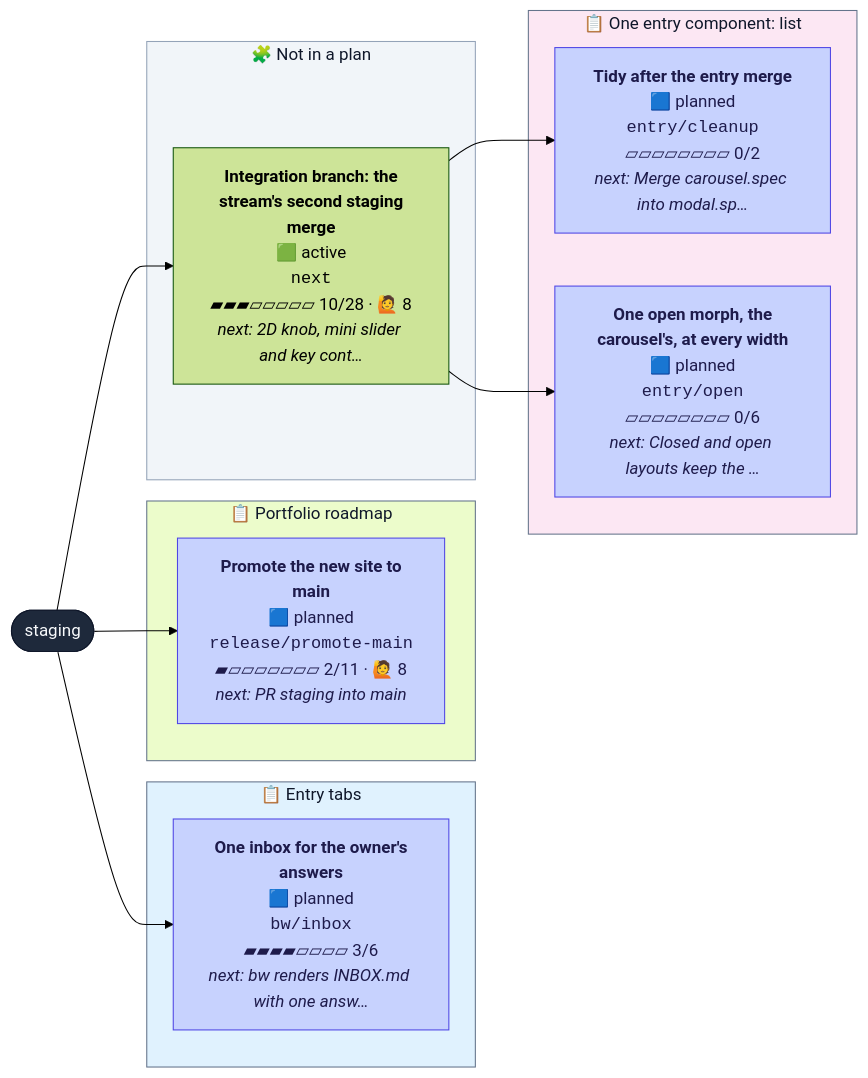
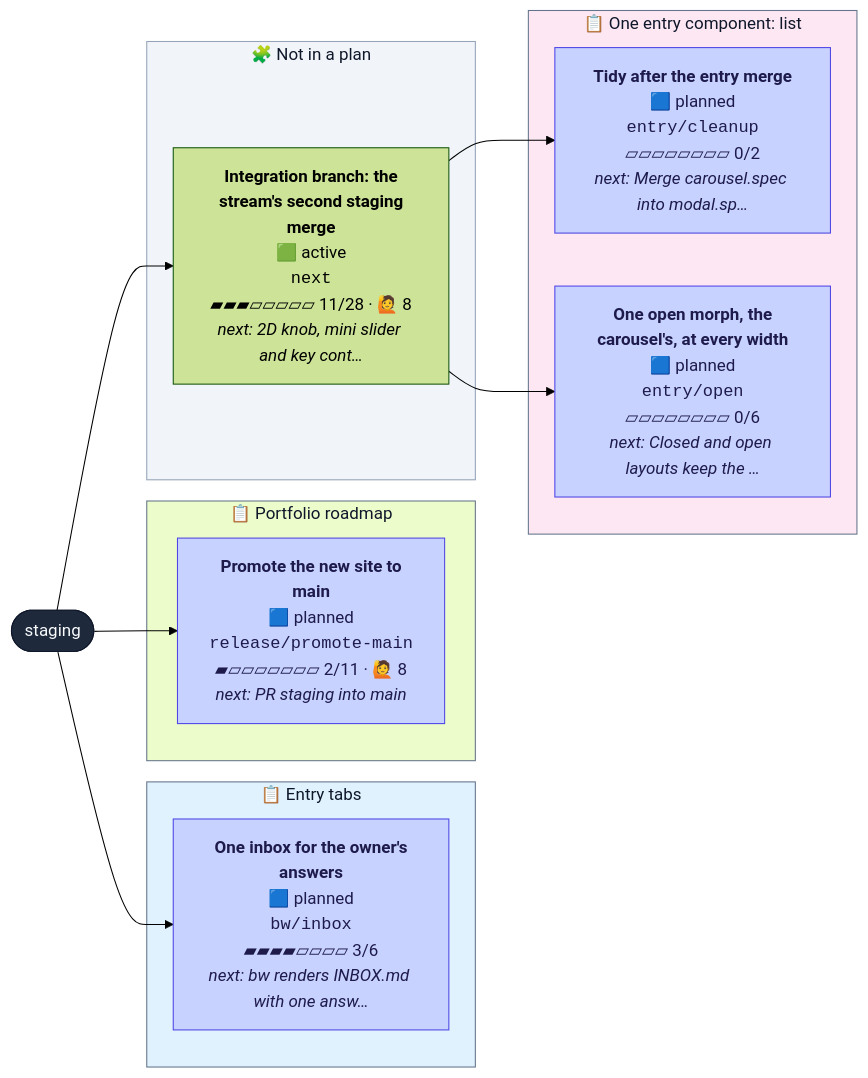
Before and after one commit to henryjonescodes/portfolio: the diagram in CONTRIBUTING.md, drawn with Mermaid (forest theme). The commit also changed other lines of this file, not shown here.

````diff
--- a/CONTRIBUTING.md
+++ b/CONTRIBUTING.md
@@ -16,38 +16,38 @@
 ```mermaid
 flowchart LR
   n_staging([staging])
   class n_staging trunk
   subgraph plan_0["📋 Entry tabs"]
     n_bw_inbox["<b>One inbox for the owner's<br/>answers</b><br/>🟦 planned<br/><code>bw/inbox</code><br/>▰▰▰▰▱▱▱▱ 3/6<br/><i>next: bw renders INBOX.md with one answ…</i>"]
     class n_bw_inbox planned
   end
   style plan_0 fill:#e0f2fe,stroke:#64748b,color:#0f172a
   subgraph plan_1["📋 One entry component: list"]
     n_entry_cleanup["<b>Tidy after the entry merge</b><br/>🟦 planned<br/><code>entry/cleanup</code><br/>▱▱▱▱▱▱▱▱ 0/2<br/><i>next: Merge carousel.spec into modal.sp…</i>"]
     class n_entry_cleanup planned
     n_entry_open["<b>One open morph, the<br/>carousel's, at every width</b><br/>🟦 planned<br/><code>entry/open</code><br/>▱▱▱▱▱▱▱▱ 0/6<br/><i>next: Closed and open layouts keep the …</i>"]
     class n_entry_open planned
   end
   style plan_1 fill:#fce7f3,stroke:#64748b,color:#0f172a
   subgraph plan_2["📋 Portfolio roadmap"]
     n_release_promote_main["<b>Promote the new site to<br/>main</b><br/>🟦 planned<br/><code>release/promote-main</code><br/>▰▱▱▱▱▱▱▱ 2/11 · 🙋 8<br/><i>next: PR staging into main</i>"]
     class n_release_promote_main planned
   end
   style plan_2 fill:#ecfccb,stroke:#64748b,color:#0f172a
   subgraph loose["🧩 Not in a plan"]
-    n_next["<b>Integration branch: the<br/>stream's second staging<br/>merge</b><br/>🟩 active<br/><code>next</code><br/>▰▰▰▱▱▱▱▱ 10/28 · 🙋 8<br/><i>next: 2D knob, mini slider and key cont…</i>"]
+    n_next["<b>Integration branch: the<br/>stream's second staging<br/>merge</b><br/>🟩 active<br/><code>next</code><br/>▰▰▰▱▱▱▱▱ 11/28 · 🙋 8<br/><i>next: 2D knob, mini slider and key cont…</i>"]
     class n_next active,current
   end
   style loose fill:#f1f5f9,stroke:#94a3b8,color:#0f172a
   n_staging --> n_bw_inbox
   n_next --> n_entry_cleanup
   n_next --> n_entry_open
   n_staging --> n_next
   n_staging --> n_release_promote_main
   classDef planned fill:#c7d2fe,stroke:#4f46e5,color:#1e1b4b
   classDef active fill:#bbf7d0,stroke:#16a34a,stroke-width:3px,color:#052e16
   classDef review fill:#fde68a,stroke:#d97706,stroke-width:3px,color:#451a03
   classDef blocked fill:#fecaca,stroke:#dc2626,stroke-width:3px,color:#450a0a
   classDef trunk fill:#1e293b,stroke:#0f172a,color:#f8fafc
   classDef current stroke:#0ea5e9,stroke-width:5px
 ```
````
